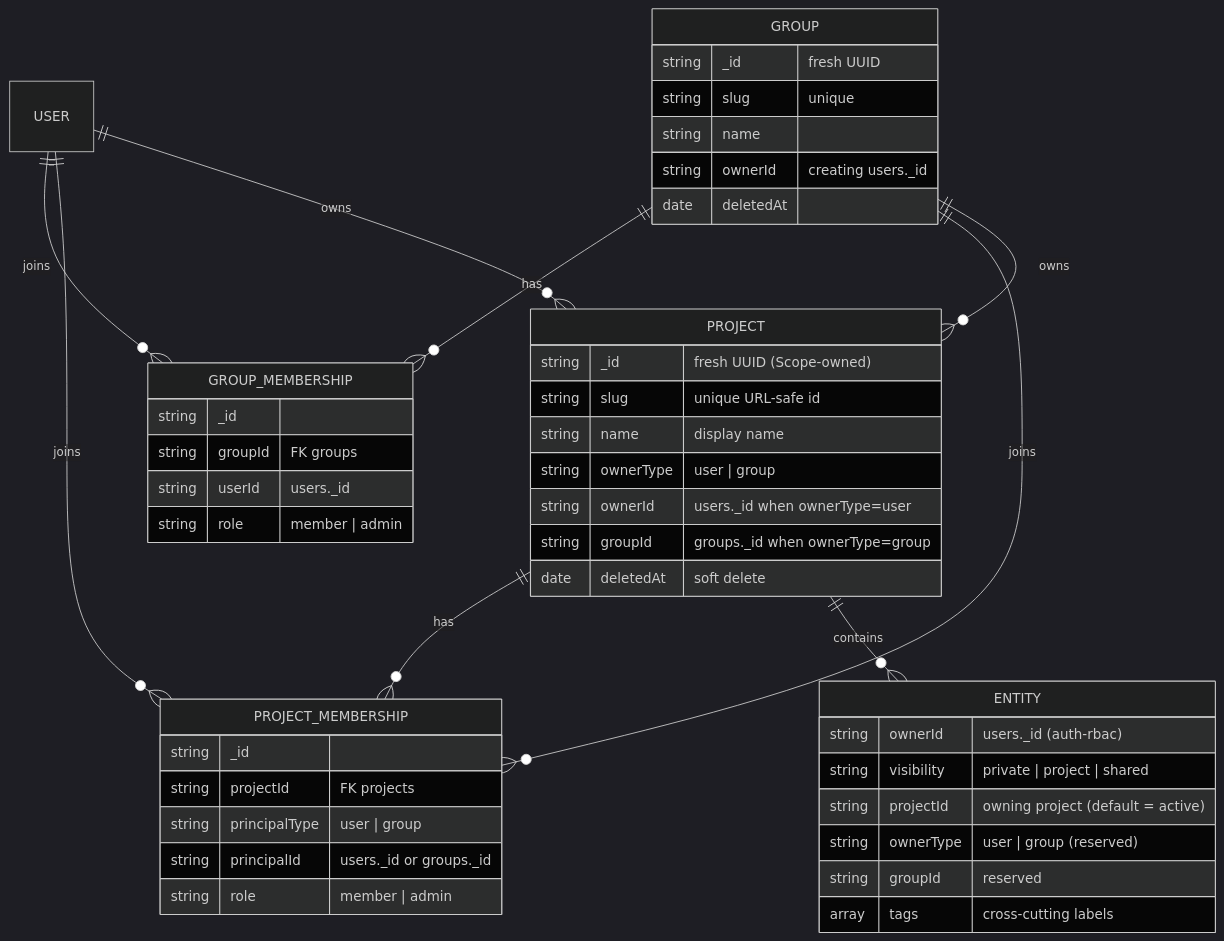
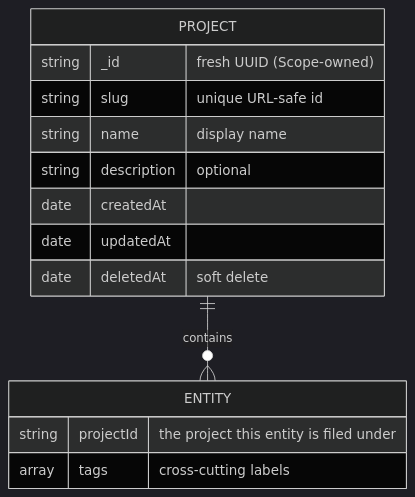
The first of 3 diagrams in docs/architecture/data-organization.md (Gile987/scope), drawn with Mermaid (dark theme) before and after one commit. The commit also changed other lines of this file, not shown here.

````diff
--- a/docs/architecture/data-organization.md
+++ b/docs/architecture/data-organization.md
@@ -177,49 +163,18 @@
 ```mermaid
 erDiagram
-    GROUP ||--o{ GROUP_MEMBERSHIP : has
-    USER ||--o{ GROUP_MEMBERSHIP : joins
-    PROJECT ||--o{ PROJECT_MEMBERSHIP : has
-    USER ||--o{ PROJECT_MEMBERSHIP : joins
-    GROUP ||--o{ PROJECT_MEMBERSHIP : joins
     PROJECT ||--o{ ENTITY : contains
-    GROUP ||--o{ PROJECT : owns
-    USER ||--o{ PROJECT : owns
 
     PROJECT {
         string _id "fresh UUID (Scope-owned)"
         string slug "unique URL-safe id"
         string name "display name"
-        string ownerType "user | group"
-        string ownerId "users._id when ownerType=user"
-        string groupId "groups._id when ownerType=group"
+        string description "optional"
+        date   createdAt
+        date   updatedAt
         date   deletedAt "soft delete"
     }
-    PROJECT_MEMBERSHIP {
-        string _id
-        string projectId "FK projects"
-        string principalType "user | group"
-        string principalId "users._id or groups._id"
-        string role "member | admin"
-    }
-    GROUP {
-        string _id "fresh UUID"
-        string slug "unique"
-        string name
-        string ownerId "creating users._id"
-        date   deletedAt
-    }
-    GROUP_MEMBERSHIP {
-        string _id
-        string groupId "FK groups"
-        string userId "users._id"
-        string role "member | admin"
-    }
     ENTITY {
-        string ownerId "users._id (auth-rbac)"
-        string visibility "private | project | shared"
-        string projectId "owning project (default = active)"
-        string ownerType "user | group (reserved)"
-        string groupId "reserved"
+        string projectId "the project this entity is filed under"
         array  tags "cross-cutting labels"
     }
 ```
````
